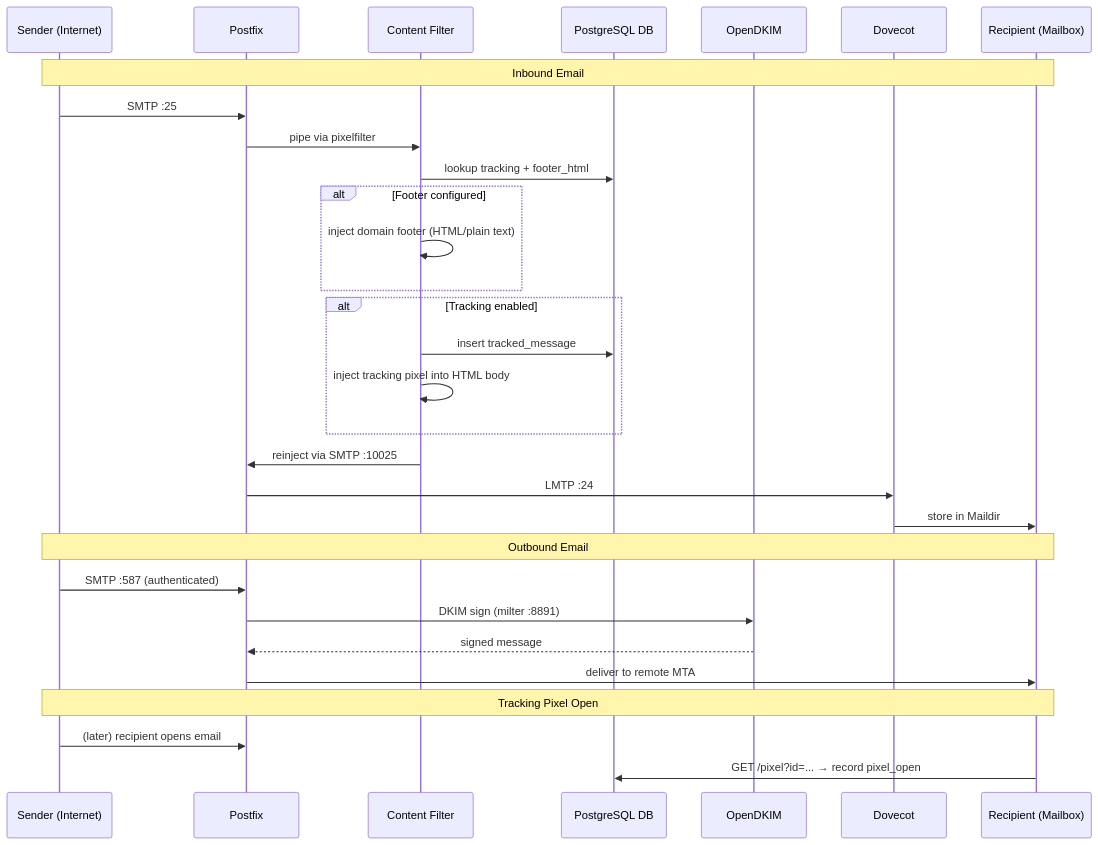
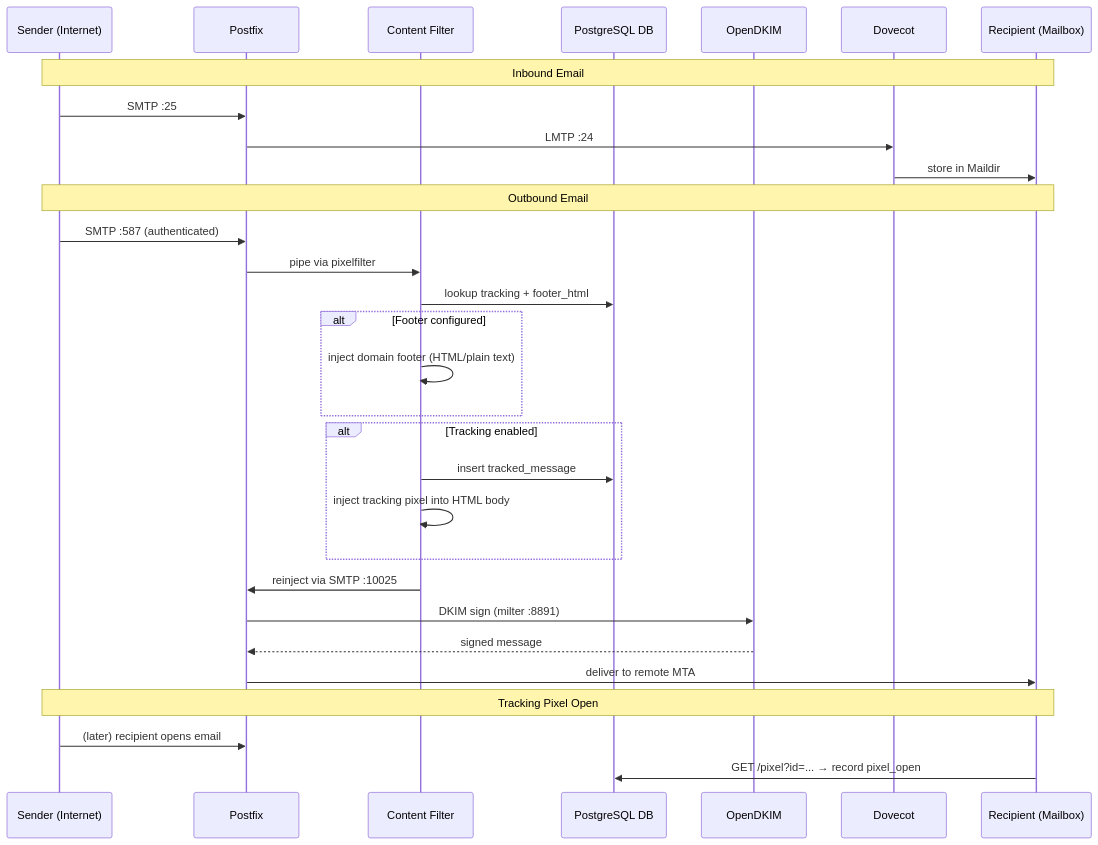
Before and after one commit to tayyebi/mailserver: the second of 4 diagrams in README.md, drawn with Mermaid. The commit also changed other lines of this file and 5 other files, not shown here.

````diff
--- a/README.md
+++ b/README.md
@@ -61,35 +61,35 @@
 ```mermaid
 sequenceDiagram
     participant Sender as Sender (Internet)
     participant Postfix
     participant Filter as Content Filter
     participant Postgres as PostgreSQL DB
     participant OpenDKIM
     participant Dovecot
     participant Recipient as Recipient (Mailbox)
 
     Note over Sender,Recipient: Inbound Email
     Sender->>Postfix: SMTP :25
+    Postfix->>Dovecot: LMTP :24
+    Dovecot->>Recipient: store in Maildir
+
+    Note over Sender,Recipient: Outbound Email
+    Sender->>Postfix: SMTP :587 (authenticated)
     Postfix->>Filter: pipe via pixelfilter
     Filter->>Postgres: lookup tracking + footer_html
     alt Footer configured
         Filter->>Filter: inject domain footer (HTML/plain text)
     end
     alt Tracking enabled
         Filter->>Postgres: insert tracked_message
         Filter->>Filter: inject tracking pixel into HTML body
     end
     Filter->>Postfix: reinject via SMTP :10025
-    Postfix->>Dovecot: LMTP :24
-    Dovecot->>Recipient: store in Maildir
-
-    Note over Sender,Recipient: Outbound Email
-    Sender->>Postfix: SMTP :587 (authenticated)
     Postfix->>OpenDKIM: DKIM sign (milter :8891)
     OpenDKIM-->>Postfix: signed message
     Postfix->>Recipient: deliver to remote MTA
 
     Note over Sender,Recipient: Tracking Pixel Open
     Sender->>Postfix: (later) recipient opens email
     Recipient->>Postgres: GET /pixel?id=... → record pixel_open
 ```
````
